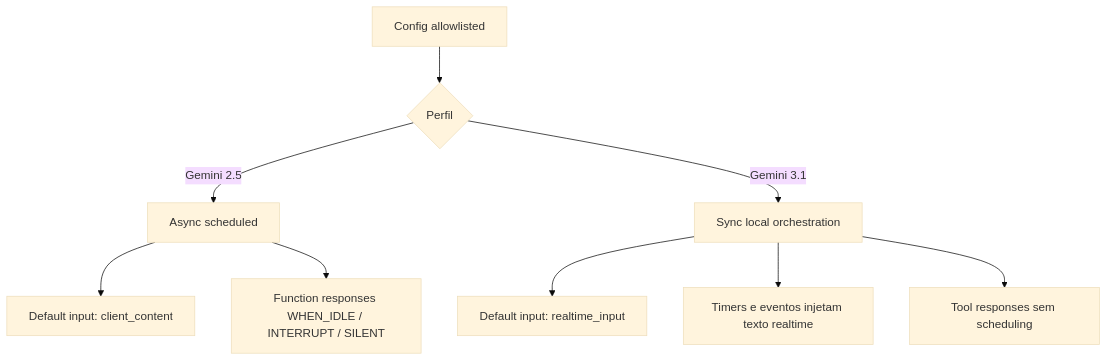
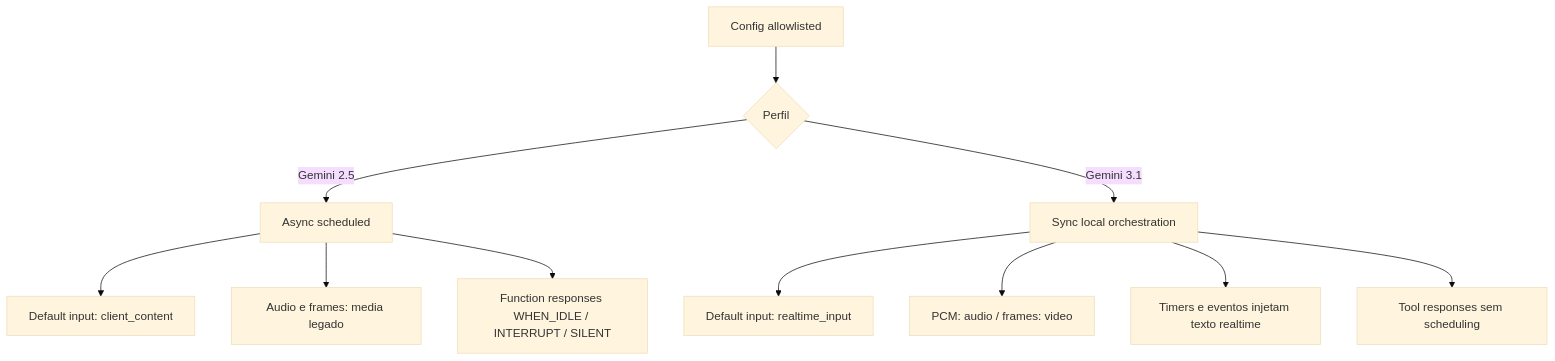
Before and after one commit to brasalabs6/genai-processors: the seventh of 16 diagrams in WORKFLOW.md, drawn with Mermaid (base theme). The commit also changed 6 other files, not shown here.

````diff
--- a/WORKFLOW.md
+++ b/WORKFLOW.md
@@ -233,11 +233,13 @@
 ```mermaid
 flowchart TD
   CFG[Config allowlisted] --> PROFILE{Perfil}
   PROFILE -->|Gemini 2.5| A[Async scheduled]
   PROFILE -->|Gemini 3.1| S[Sync local orchestration]
   A --> CC[Default input: client_content]
+  A --> MEDIA[Audio e frames: media legado]
   A --> FR[Function responses WHEN_IDLE / INTERRUPT / SILENT]
   S --> RT[Default input: realtime_input]
+  S --> AV[PCM: audio / frames: video]
   S --> TXT[Timers e eventos injetam texto realtime]
   S --> SYNC[Tool responses sem scheduling]
 ```
````
